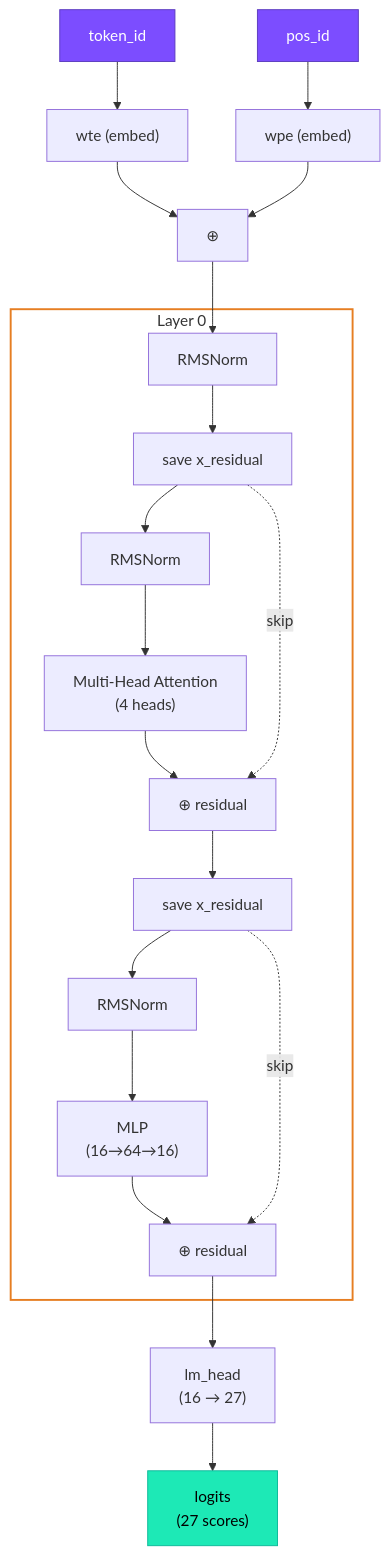
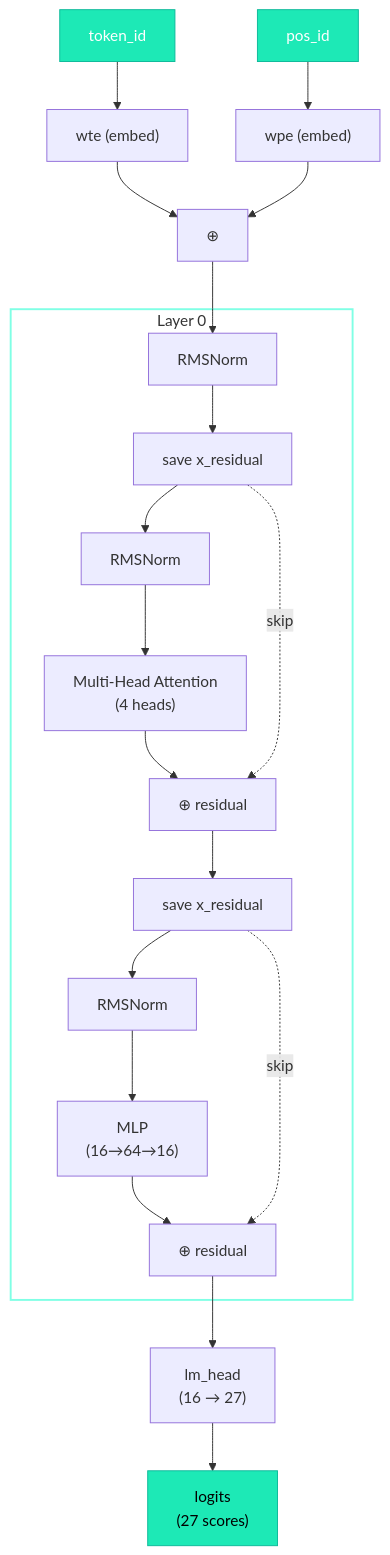
One commit to iamkhalid2/microgpt-course changed the diagram in docs/03-the-architecture/09-the-full-gpt-function.md. Above: the diagram before and after it, drawn with Mermaid. The commit also changed 23 other files, not shown here.

````diff
--- a/docs/03-the-architecture/09-the-full-gpt-function.md
+++ b/docs/03-the-architecture/09-the-full-gpt-function.md
@@ -98,29 +98,29 @@
 ```mermaid
 flowchart TD
     TID["token_id"] --> WTE["wte (embed)"]
     PID["pos_id"] --> WPE["wpe (embed)"]
     WTE --> ADD1["⊕"]
     WPE --> ADD1
     ADD1 --> NORM0["RMSNorm"]
 
     subgraph layer["Layer 0"]
         NORM0 --> SAVE1["save x_residual"]
         SAVE1 --> NORM1["RMSNorm"]
         NORM1 --> ATTN["Multi-Head Attention\n(4 heads)"]
         ATTN --> RES1["⊕ residual"]
         SAVE1 -. "skip" .-> RES1
         RES1 --> SAVE2["save x_residual"]
         SAVE2 --> NORM2["RMSNorm"]
         NORM2 --> MLP["MLP\n(16→64→16)"]
         MLP --> RES2["⊕ residual"]
         SAVE2 -. "skip" .-> RES2
     end
 
     RES2 --> LM["lm_head\n(16 → 27)"]
     LM --> OUT["logits\n(27 scores)"]
 
-    style TID fill:#7c4dff,stroke:#5c3cbf,color:#fff
-    style PID fill:#7c4dff,stroke:#5c3cbf,color:#fff
+    style TID fill:#1de9b6,stroke:#0db99a,color:#fff
+    style PID fill:#1de9b6,stroke:#0db99a,color:#fff
     style OUT fill:#1de9b6,stroke:#0db99a,color:#000
-    style layer fill:none,stroke:#e67e22,stroke-width:2px
+    style layer fill:none,stroke:#80ffe5,stroke-width:2px
 ```
````
